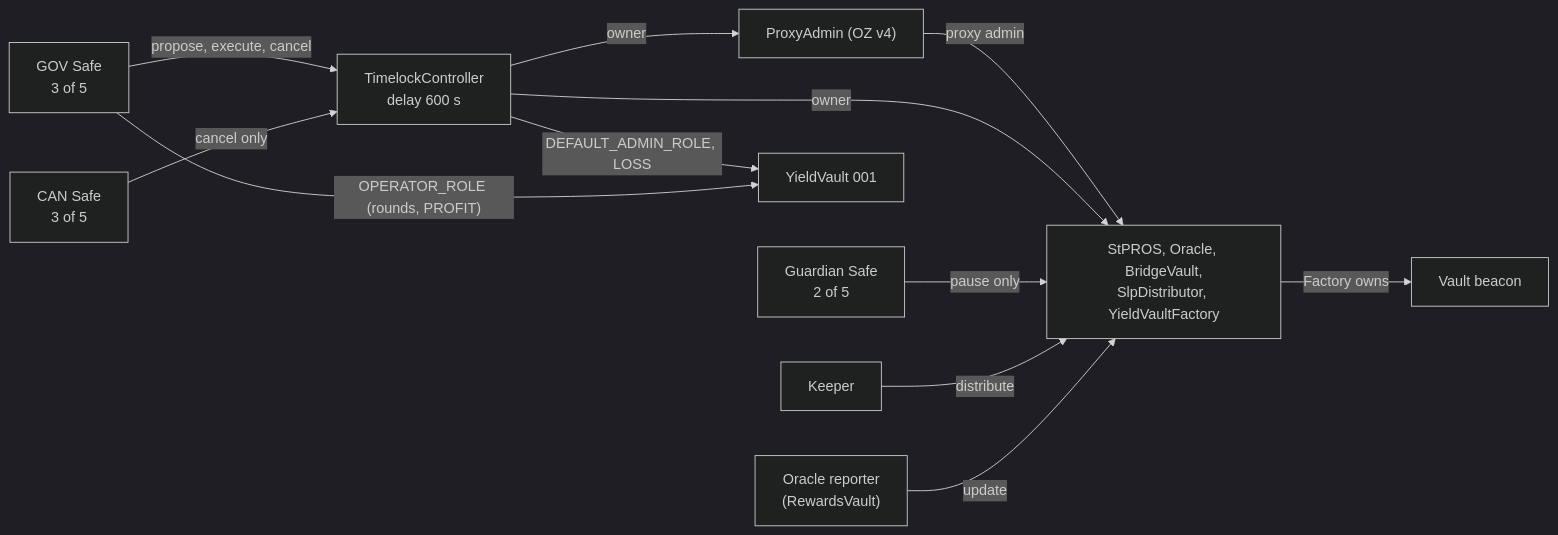
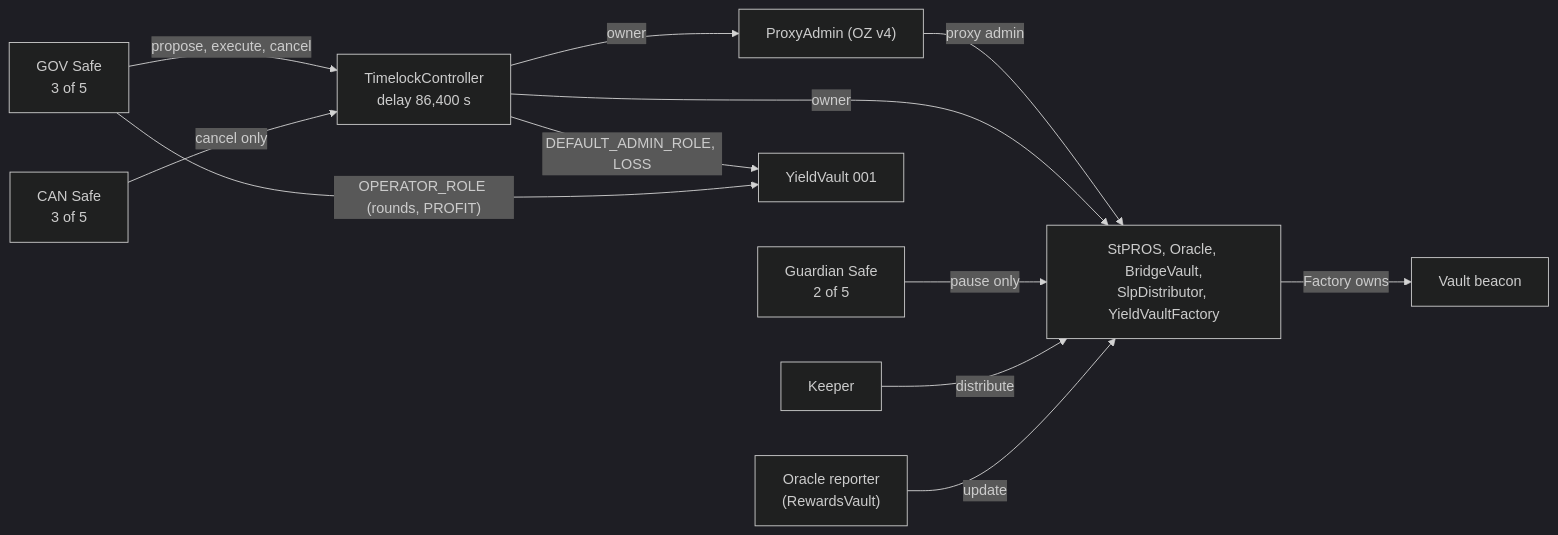
The diagram in docs/GOVERNANCE.md (faroo-xyz/stpros-contracts), drawn with Mermaid (dark theme) before and after one commit. The commit also changed other lines of this file and 13 other files, not shown here.

````diff
--- a/docs/GOVERNANCE.md
+++ b/docs/GOVERNANCE.md
@@ -17,25 +18,25 @@
 ```mermaid
 flowchart LR
     GOV["GOV Safe<br/>3 of 5"]
     CAN["CAN Safe<br/>3 of 5"]
     GRD["Guardian Safe<br/>2 of 5"]
-    TL["TimelockController<br/>delay 600 s"]
+    TL["TimelockController<br/>delay 86,400 s"]
     PA["ProxyAdmin (OZ v4)"]
     CORE["StPROS, Oracle, BridgeVault,<br/>SlpDistributor, YieldVaultFactory"]
     BCN["Vault beacon"]
     YV["YieldVault 001"]
     KP["Keeper"]
     RP["Oracle reporter<br/>(RewardsVault)"]
 
     GOV -- "propose, execute, cancel" --> TL
     CAN -- "cancel only" --> TL
     TL -- "owner" --> PA
     PA -- "proxy admin" --> CORE
     TL -- "owner" --> CORE
     CORE -- "Factory owns" --> BCN
     TL -- "DEFAULT_ADMIN_ROLE, LOSS" --> YV
     GOV -- "OPERATOR_ROLE (rounds, PROFIT)" --> YV
     GRD -- "pause only" --> CORE
     KP -- "distribute" --> CORE
     RP -- "update" --> CORE
 ```
````
